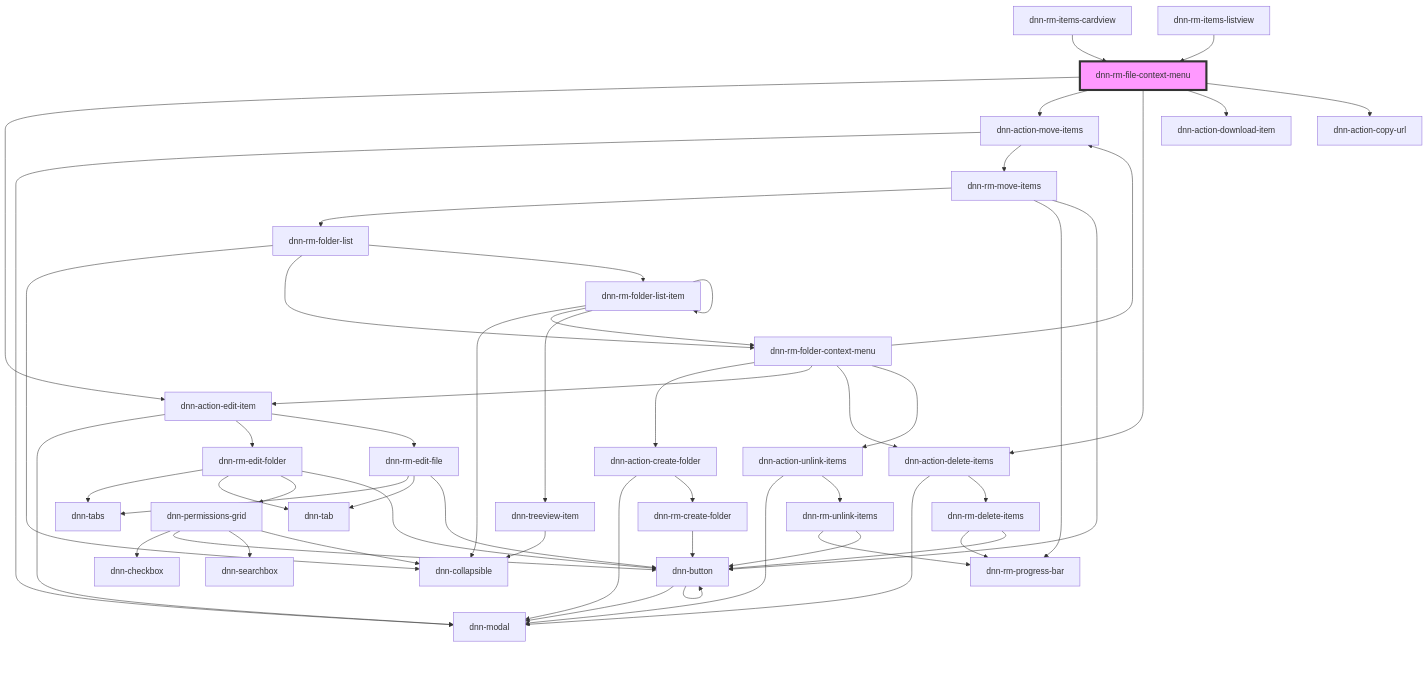
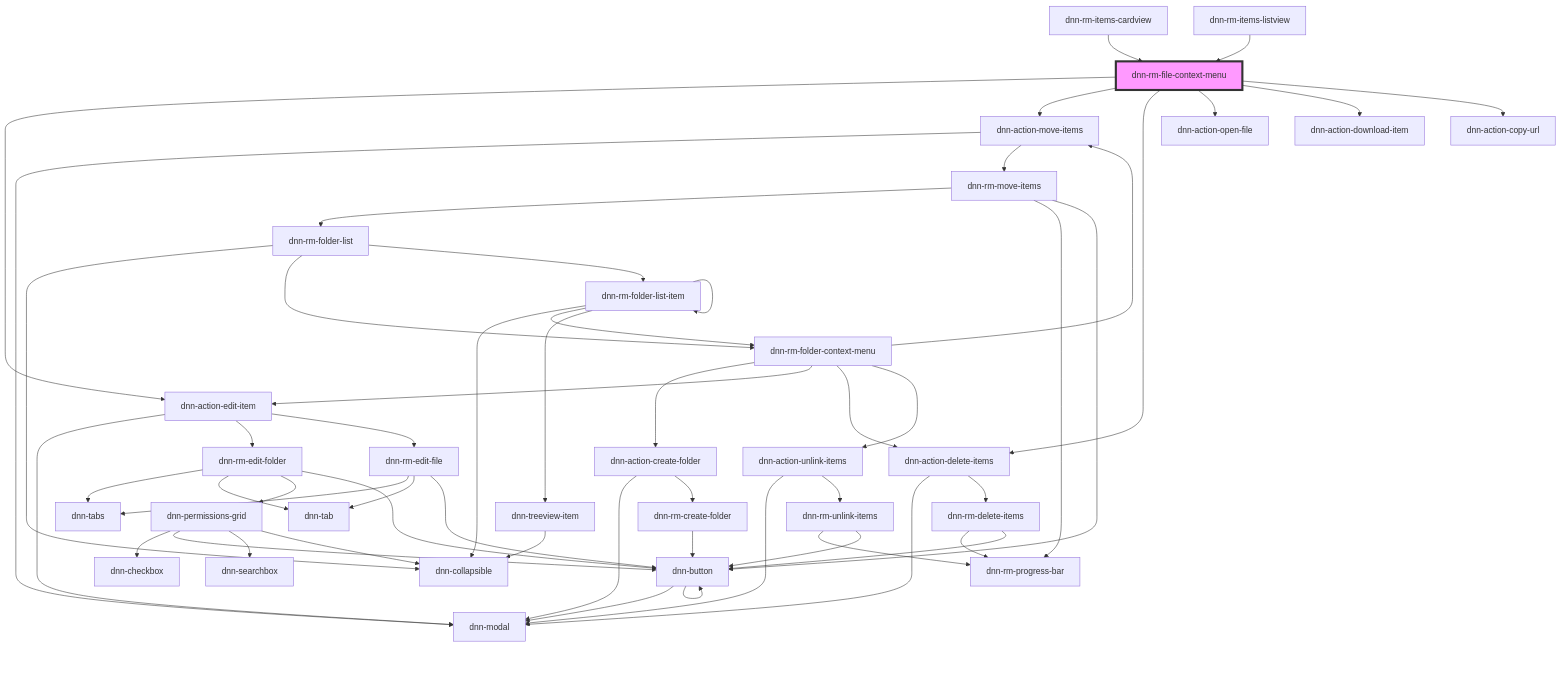
Before and after one commit to dnnsoftware/Dnn.Platform: the diagram in DNN Platform/Modules/ResourceManager/ResourceManager.Web/src/components/context-menus/dnn-rm-file-context-menu/readme.md, drawn with Mermaid. The commit also changed other lines of this file and 68 other files, not shown here.

````diff
--- a/DNN Platform/Modules/ResourceManager/ResourceManager.Web/src/components/context-menus/dnn-rm-file-context-menu/readme.md
+++ b/DNN Platform/Modules/ResourceManager/ResourceManager.Web/src/components/context-menus/dnn-rm-file-context-menu/readme.md
@@ -31,56 +32,57 @@
 ```mermaid
 graph TD;
   dnn-rm-file-context-menu --> dnn-action-edit-item
   dnn-rm-file-context-menu --> dnn-action-move-items
   dnn-rm-file-context-menu --> dnn-action-delete-items
+  dnn-rm-file-context-menu --> dnn-action-open-file
   dnn-rm-file-context-menu --> dnn-action-download-item
   dnn-rm-file-context-menu --> dnn-action-copy-url
   dnn-action-edit-item --> dnn-modal
   dnn-action-edit-item --> dnn-rm-edit-folder
   dnn-action-edit-item --> dnn-rm-edit-file
   dnn-rm-edit-folder --> dnn-tabs
   dnn-rm-edit-folder --> dnn-tab
   dnn-rm-edit-folder --> dnn-permissions-grid
   dnn-rm-edit-folder --> dnn-button
   dnn-permissions-grid --> dnn-checkbox
   dnn-permissions-grid --> dnn-button
   dnn-permissions-grid --> dnn-searchbox
   dnn-permissions-grid --> dnn-collapsible
   dnn-button --> dnn-modal
   dnn-button --> dnn-button
   dnn-rm-edit-file --> dnn-tabs
   dnn-rm-edit-file --> dnn-tab
   dnn-rm-edit-file --> dnn-button
   dnn-action-move-items --> dnn-modal
   dnn-action-move-items --> dnn-rm-move-items
   dnn-rm-move-items --> dnn-rm-folder-list
   dnn-rm-move-items --> dnn-rm-progress-bar
   dnn-rm-move-items --> dnn-button
   dnn-rm-folder-list --> dnn-collapsible
   dnn-rm-folder-list --> dnn-rm-folder-context-menu
   dnn-rm-folder-list --> dnn-rm-folder-list-item
   dnn-rm-folder-context-menu --> dnn-action-create-folder
   dnn-rm-folder-context-menu --> dnn-action-edit-item
   dnn-rm-folder-context-menu --> dnn-action-move-items
   dnn-rm-folder-context-menu --> dnn-action-delete-items
   dnn-rm-folder-context-menu --> dnn-action-unlink-items
   dnn-action-create-folder --> dnn-modal
   dnn-action-create-folder --> dnn-rm-create-folder
   dnn-rm-create-folder --> dnn-button
   dnn-action-delete-items --> dnn-modal
   dnn-action-delete-items --> dnn-rm-delete-items
   dnn-rm-delete-items --> dnn-rm-progress-bar
   dnn-rm-delete-items --> dnn-button
   dnn-action-unlink-items --> dnn-modal
   dnn-action-unlink-items --> dnn-rm-unlink-items
   dnn-rm-unlink-items --> dnn-rm-progress-bar
   dnn-rm-unlink-items --> dnn-button
   dnn-rm-folder-list-item --> dnn-collapsible
   dnn-rm-folder-list-item --> dnn-rm-folder-context-menu
   dnn-rm-folder-list-item --> dnn-treeview-item
   dnn-rm-folder-list-item --> dnn-rm-folder-list-item
   dnn-treeview-item --> dnn-collapsible
   dnn-rm-items-cardview --> dnn-rm-file-context-menu
   dnn-rm-items-listview --> dnn-rm-file-context-menu
   style dnn-rm-file-context-menu fill:#f9f,stroke:#333,stroke-width:4px
 ```
````
